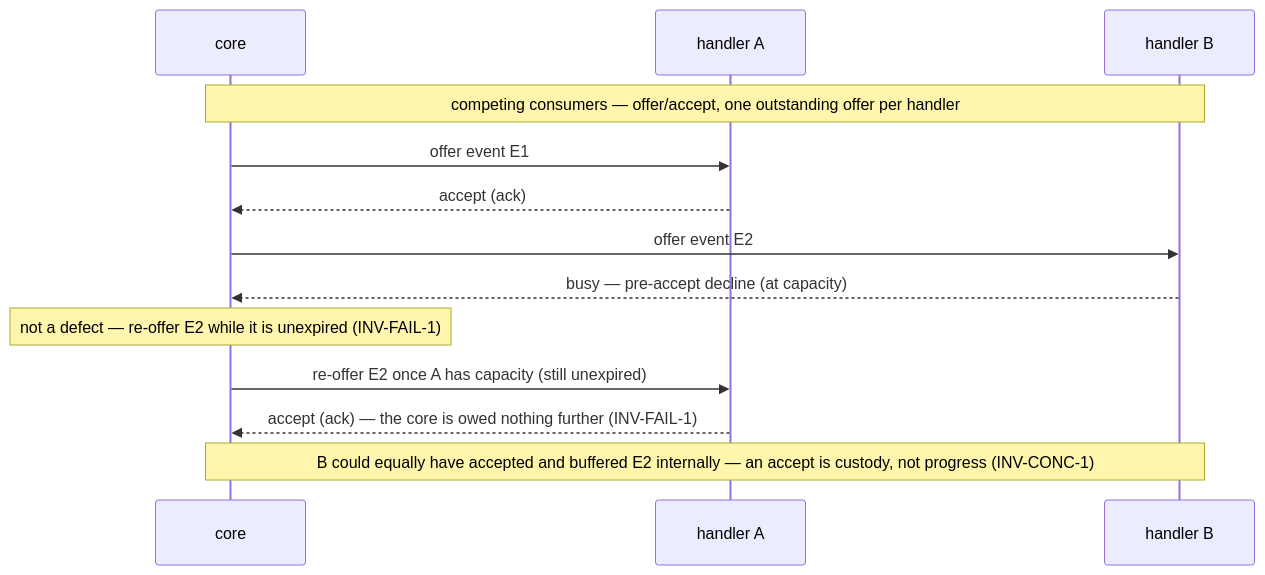
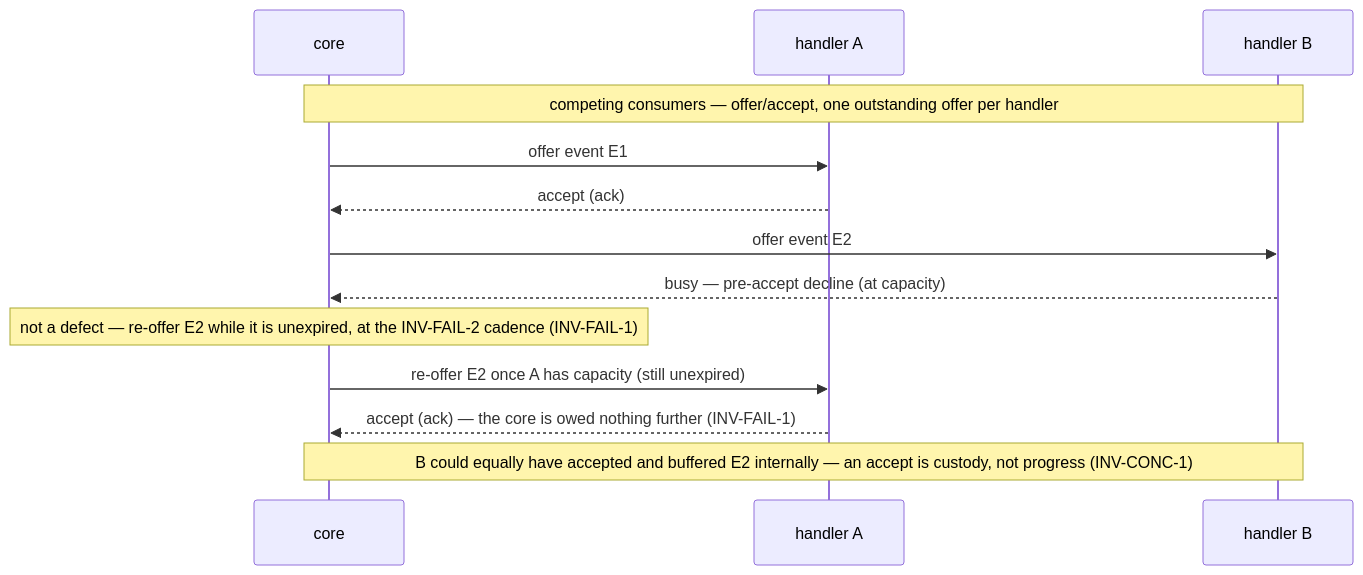
The second of 2 diagrams in packages/pr-pool/docs/behavior/invariants.md (phillipgreenii/nix-agent-support), drawn with Mermaid before and after one commit. The commit also changed other lines of this file and 16 other files, not shown here.

````diff
--- a/packages/pr-pool/docs/behavior/invariants.md
+++ b/packages/pr-pool/docs/behavior/invariants.md
@@ -147,15 +147,15 @@
 ```mermaid
 sequenceDiagram
     participant Core as core
     participant A as handler A
     participant B as handler B
     Note over Core,B: competing consumers — offer/accept, one outstanding offer per handler
     Core->>A: offer event E1
     A-->>Core: accept (ack)
     Core->>B: offer event E2
     B-->>Core: busy — pre-accept decline (at capacity)
-    Note over Core: not a defect — re-offer E2 while it is unexpired (INV-FAIL-1)
+    Note over Core: not a defect — re-offer E2 while it is unexpired, at the INV-FAIL-2 cadence (INV-FAIL-1)
     Core->>A: re-offer E2 once A has capacity (still unexpired)
     A-->>Core: accept (ack) — the core is owed nothing further (INV-FAIL-1)
     Note over Core,B: B could equally have accepted and buffered E2 internally — an accept is custody, not progress (INV-CONC-1)
 ```
````
